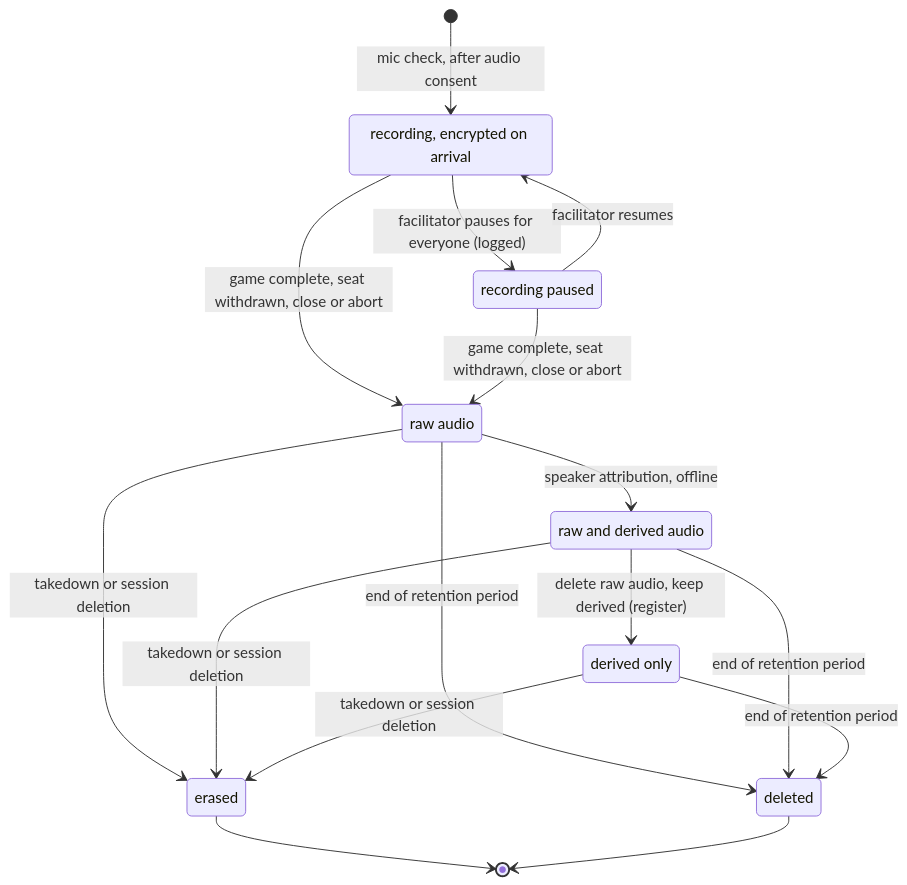
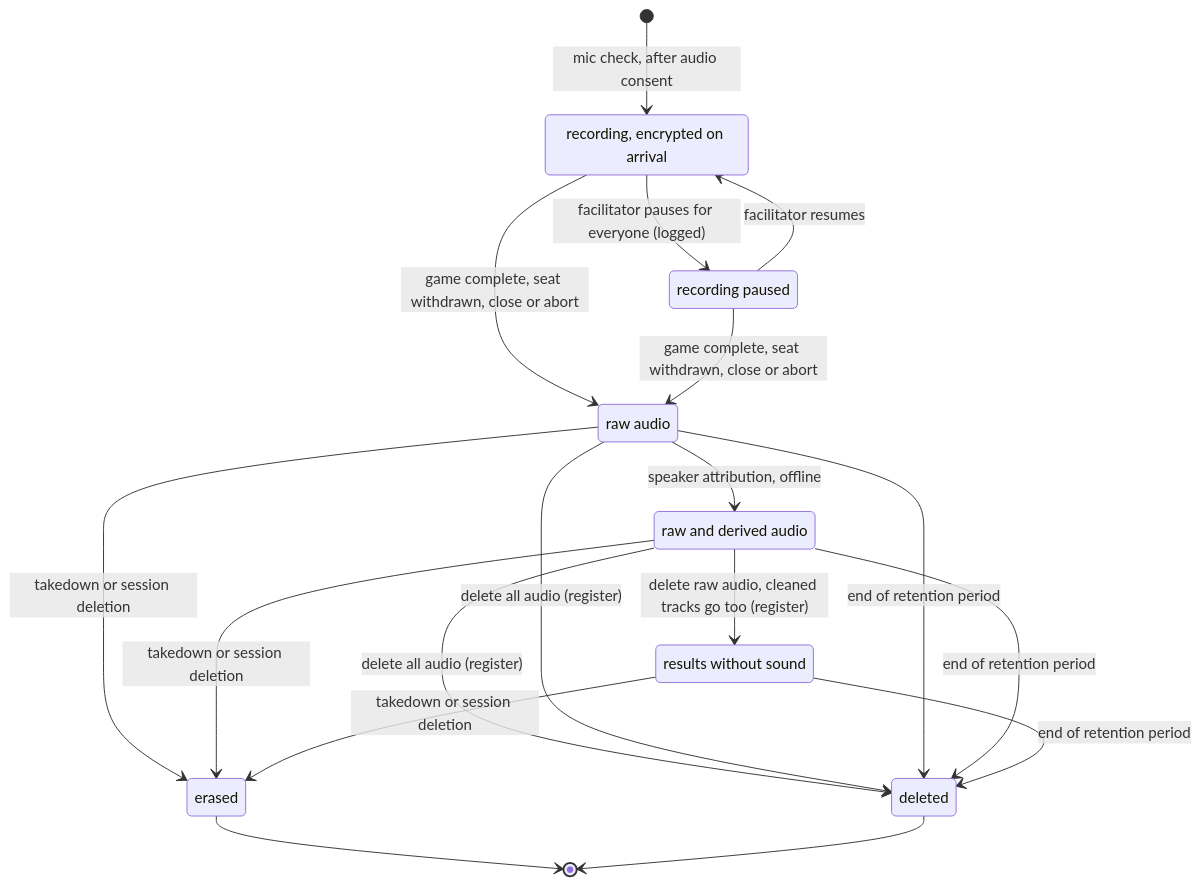
Before and after one commit to xy-zak/WhoKnowsWhoActs: the fourth of 6 diagrams in docs/DATA-MANAGEMENT.md, drawn with Mermaid. The commit also changed other lines of this file and 19 other files, not shown here.

````diff
--- a/docs/DATA-MANAGEMENT.md
+++ b/docs/DATA-MANAGEMENT.md
@@ -228,23 +228,25 @@
 ```mermaid
 stateDiagram-v2
   state "recording, encrypted on arrival" as recording
   state "recording paused" as paused
   state "raw audio" as raw
   state "raw and derived audio" as derived
-  state "derived only" as derivedOnly
+  state "results without sound" as derivedOnly
   [*] --> recording: mic check, after audio consent
   recording --> paused: facilitator pauses for everyone (logged)
   paused --> recording: facilitator resumes
   recording --> raw: game complete, seat withdrawn, close or abort
   paused --> raw: game complete, seat withdrawn, close or abort
   raw --> derived: speaker attribution, offline
-  derived --> derivedOnly: delete raw audio, keep derived (register)
+  derived --> derivedOnly: delete raw audio, cleaned tracks go too (register)
+  derived --> deleted: delete all audio (register)
+  raw --> deleted: delete all audio (register)
   raw --> erased: takedown or session deletion
   derived --> erased: takedown or session deletion
   derivedOnly --> erased: takedown or session deletion
   raw --> deleted: end of retention period
   derived --> deleted: end of retention period
   derivedOnly --> deleted: end of retention period
   erased --> [*]
   deleted --> [*]
 ```
````
